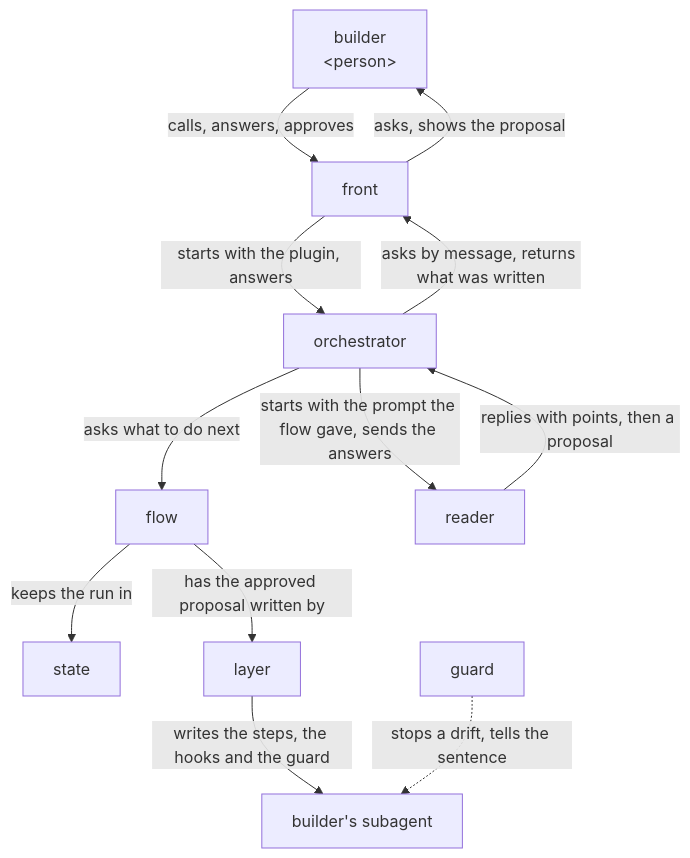
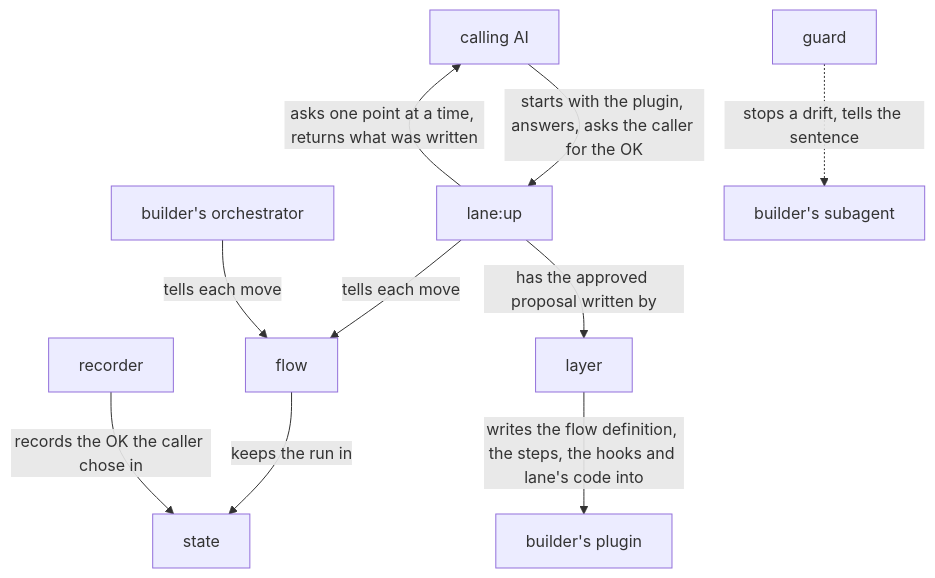
One commit to lovaizu/ccpm changed the diagram in dev/lane/design.md. Above: the diagram before and after it, drawn with Mermaid. The commit also changed other lines of this file and 3 other files, not shown here.

First line of the commit message:
lane design remade on the agreed README and UX: lane:up the orchestrator a calling AI starts, flow definitions in flows/, the recorder writing the caller's OK into the run's state; lane:up starts no subagents, as the user chose

````diff
--- a/dev/lane/design.md
+++ b/dev/lane/design.md
@@ -25,23 +33,22 @@
 ```mermaid
 flowchart TB
-  builder["builder<br/>#lt;person#gt;"]
-  front["front"]
-  orch["orchestrator"]
+  caller["calling AI"]
+  up["lane:up"]
   flow["flow"]
   state["state"]
-  reader["reader"]
   layer["layer"]
+  plugin["builder's plugin"]
+  orch["builder's orchestrator"]
+  recorder["recorder"]
   guard["guard"]
-  subagent["builder's subagent"]
-  builder -->|calls, answers, approves| front
-  front -->|asks, shows the proposal| builder
-  front -->|starts with the plugin, answers| orch
-  orch -->|asks by message, returns what was written| front
-  orch -->|asks what to do next| flow
+  sub["builder's subagent"]
+  caller -->|starts with the plugin, answers, asks the caller for the OK| up
+  up -->|asks one point at a time, returns what was written| caller
+  up -->|tells each move| flow
+  orch -->|tells each move| flow
   flow -->|keeps the run in| state
-  orch -->|starts with the prompt the flow gave, sends the answers| reader
-  reader -->|replies with points, then a proposal| orch
-  flow -->|has the approved proposal written by| layer
-  layer -->|writes the steps, the hooks and the guard| subagent
-  guard -.->|stops a drift, tells the sentence| subagent
+  up -->|has the approved proposal written by| layer
+  layer -->|writes the flow definition, the steps, the hooks and lane's code into| plugin
+  recorder -->|records the OK the caller chose in| state
+  guard -.->|stops a drift, tells the sentence| sub
 ```
````
